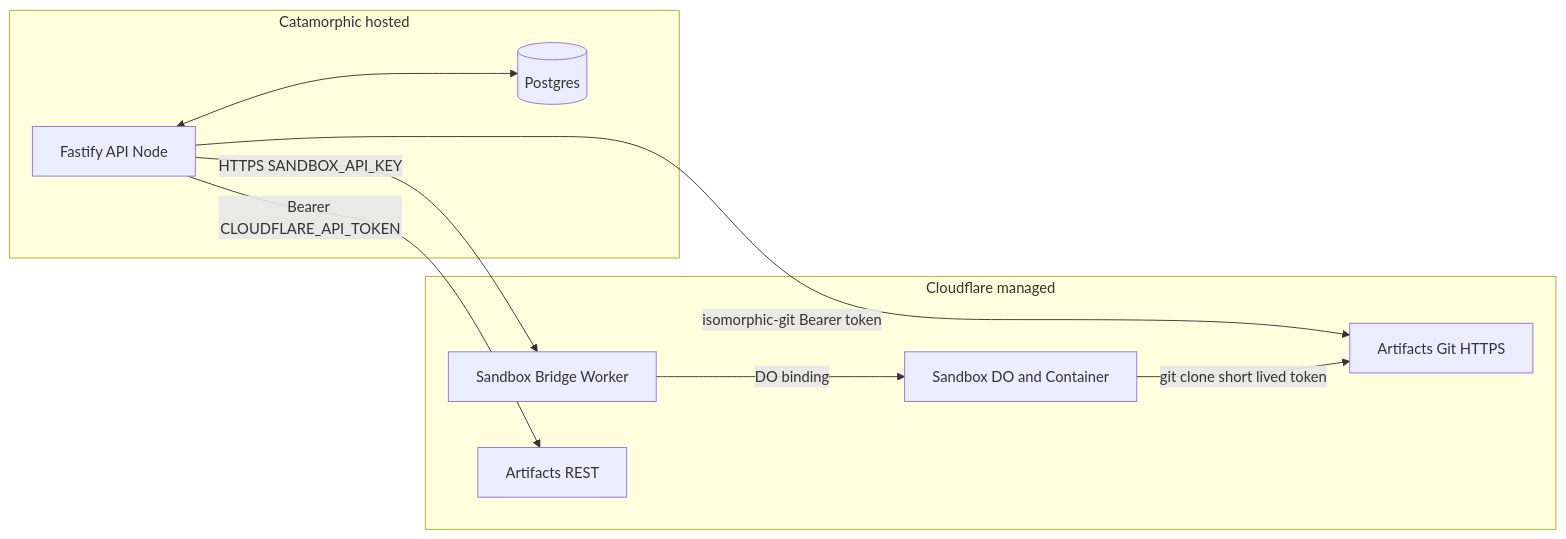
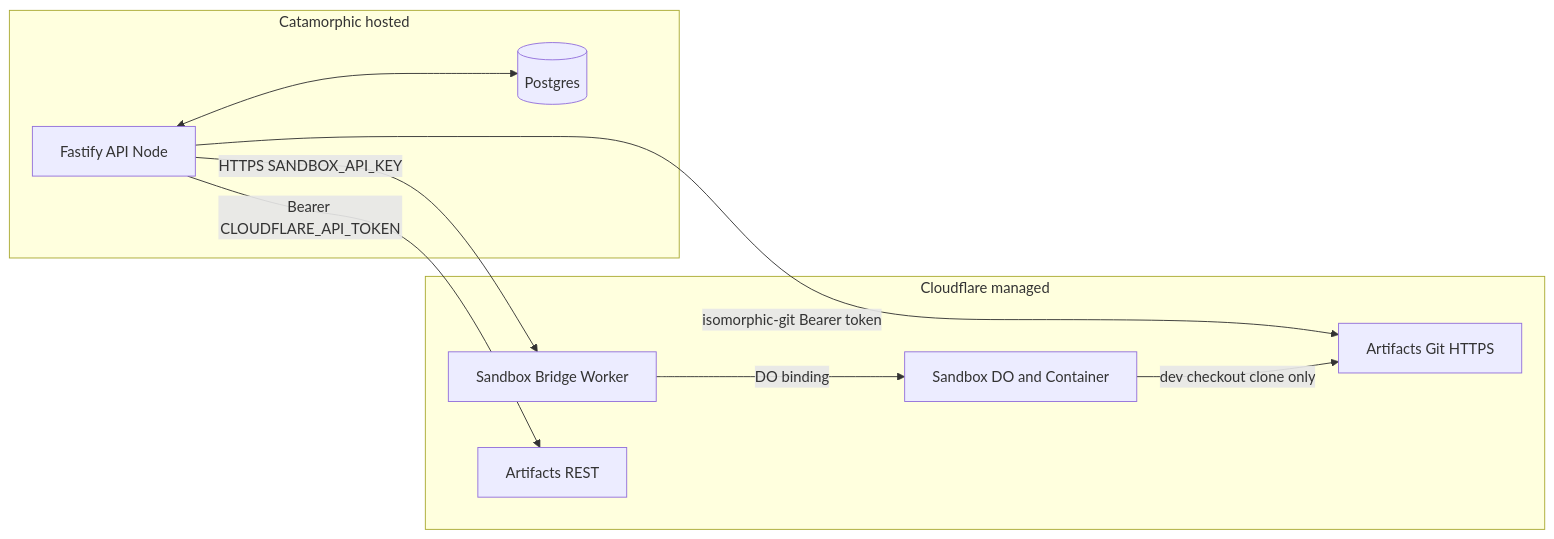
One commit to opencx-labs/catamorphic changed the diagram in CLOUDFLARE.md. Above: the diagram before and after it, drawn with Mermaid. The commit also changed other lines of this file and 47 other files, not shown here.

````diff
--- a/CLOUDFLARE.md
+++ b/CLOUDFLARE.md
@@ -77,20 +77,20 @@
 ```mermaid
 flowchart LR
   subgraph ours [Catamorphic hosted]
     fastify[Fastify API Node]
     pg[(Postgres)]
   end
   subgraph cf [Cloudflare managed]
     bridge[Sandbox Bridge Worker]
     sandbox[Sandbox DO and Container]
     artifactsREST[Artifacts REST]
     artifactsGit[Artifacts Git HTTPS]
   end
 
   fastify <--> pg
   fastify -->|HTTPS SANDBOX_API_KEY| bridge
   bridge -->|DO binding| sandbox
   fastify -->|Bearer CLOUDFLARE_API_TOKEN| artifactsREST
   fastify -->|isomorphic-git Bearer token| artifactsGit
-  sandbox -->|git clone short lived token| artifactsGit
+  sandbox -->|dev checkout clone only| artifactsGit
 ```
````
